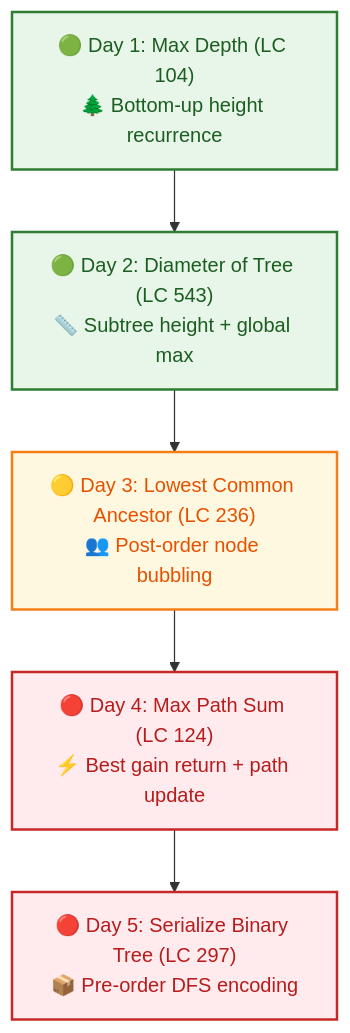
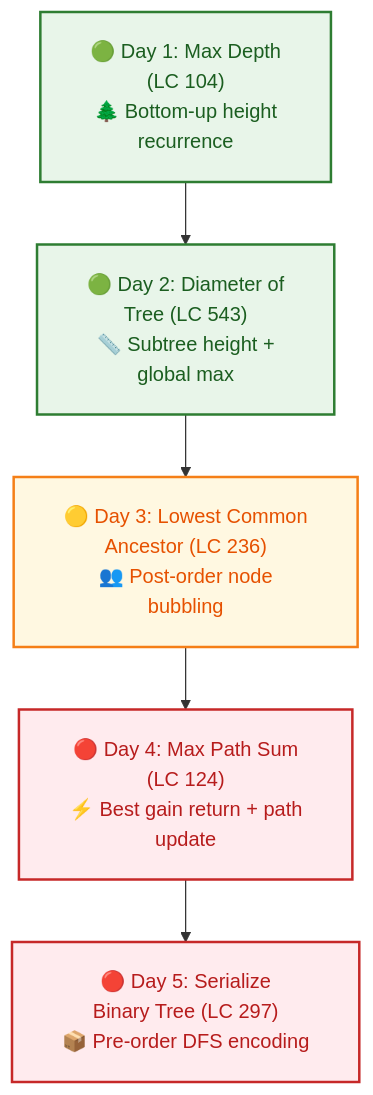
Before and after one commit to dip4k/DSA_102: the ninth of 19 diagrams in Senior_dsa_question_list.md, drawn with Mermaid. The commit also changed other lines of this file and 108 other files, not shown here.

First line of the commit message:
fix(mermaid): resolve diagram clipping, padding, and syntax issues across repo

````diff
--- a/Senior_dsa_question_list.md
+++ b/Senior_dsa_question_list.md
@@ -308,14 +316,15 @@
 ```mermaid
+%%{init: {"flowchart": {"htmlLabels": true, "padding": 20}}}%%
 flowchart TD
     classDef startNode fill:#e8f5e9,stroke:#2e7d32,stroke-width:2px,color:#1b5e20
     classDef midNode fill:#fff8e1,stroke:#f57f17,stroke-width:2px,color:#e65100
     classDef hardNode fill:#ffebee,stroke:#c62828,stroke-width:2px,color:#b71c1c
 
-    A["🟢 Day 1: Max Depth (LC 104)<br/>🌲 Bottom-up height recurrence"]:::startNode
-    B["🟢 Day 2: Diameter of Tree (LC 543)<br/>📏 Subtree height + global max"]:::startNode
-    C["🟡 Day 3: Lowest Common Ancestor (LC 236)<br/>👥 Post-order node bubbling"]:::midNode
-    D["🔴 Day 4: Max Path Sum (LC 124)<br/>⚡ Best gain return + path update"]:::hardNode
-    E["🔴 Day 5: Serialize Binary Tree (LC 297)<br/>📦 Pre-order DFS encoding"]:::hardNode
+    A["🟢 Day 1: Max Depth<br/>(LC 104)<br/>🌲 Bottom-up height<br/>recurrence"]:::startNode
+    B["🟢 Day 2: Diameter of<br/>Tree (LC 543)<br/>📏 Subtree height +<br/>global max"]:::startNode
+    C["🟡 Day 3: Lowest Common<br/>Ancestor (LC 236)<br/>👥 Post-order node<br/>bubbling"]:::midNode
+    D["🔴 Day 4: Max Path Sum<br/>(LC 124)<br/>⚡ Best gain return + path<br/>update"]:::hardNode
+    E["🔴 Day 5: Serialize<br/>Binary Tree (LC 297)<br/>📦 Pre-order DFS encoding"]:::hardNode
 
     A --> B --> C --> D --> E
 ```
````
